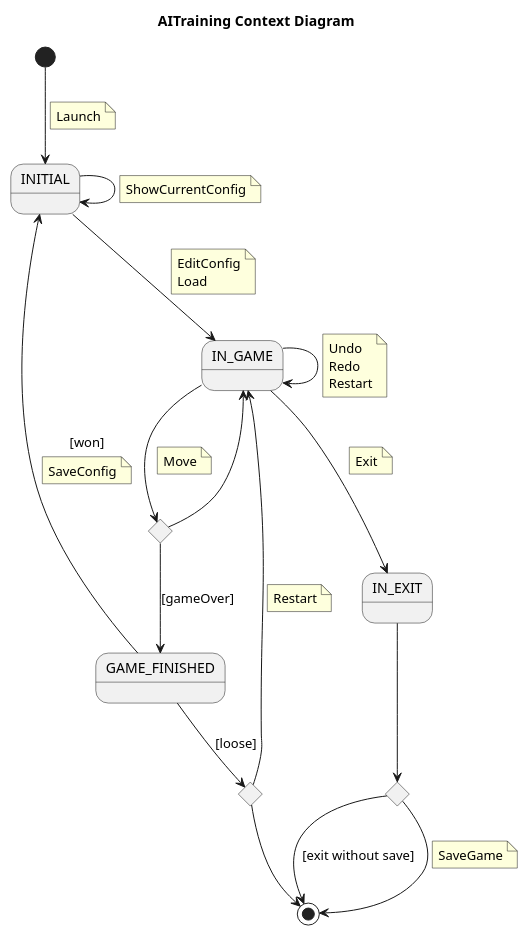
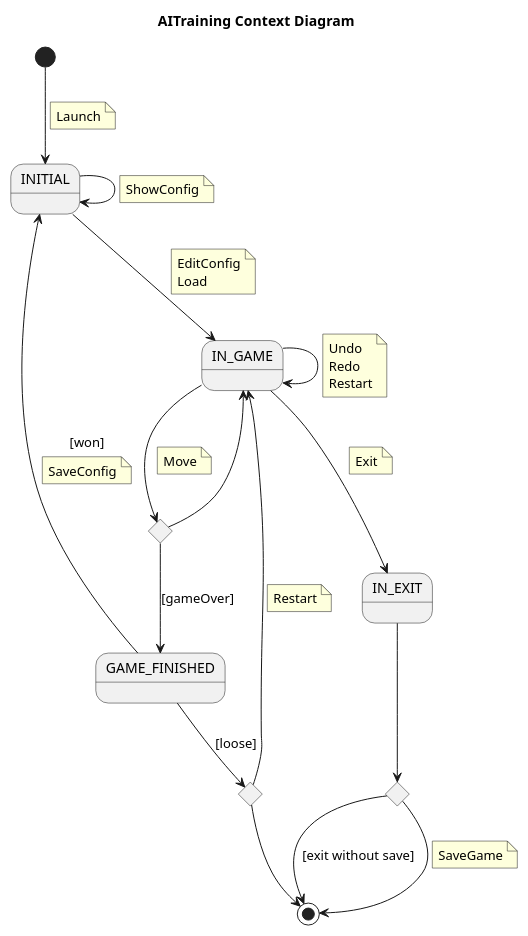
Before and after one commit to Master-Desarrollo-20-21/patrones-diseno---practica-final---juego-de-las-damas-fraylopez: the diagram in docs/src/use-cases/context/ai-training-context.plantuml, drawn with PlantUML. The commit also changed 17 other files, not shown here.

```diff
--- a/docs/src/use-cases/context/ai-training-context.plantuml
+++ b/docs/src/use-cases/context/ai-training-context.plantuml
@@ -1,66 +1,66 @@
 @startuml AITrainingContextDiagram
 title AITraining Context Diagram
 state INITIAL
 state IN_GAME
 state GAME_FINISHED
 state IF <<choice>>
 state IF2 <<choice>>
 state IF3 <<choice>>
 
 [*] --> INITIAL
 note on link
     Launch
 end note
 
 INITIAL --> INITIAL
     note on link
-        ShowCurrentConfig
+        ShowConfig
     end note
 
 INITIAL --> IN_GAME
     note on link
         EditConfig
         Load
     end note
 IN_GAME --> IN_GAME
     note on link
         Undo
         Redo
         Restart
     end note
 
 IN_GAME --> IF3
     note on link
         Move
     end note
 
 IF3 --> IN_GAME
 IF3 --> GAME_FINISHED : [gameOver]
 
 IN_EXIT -->IF
 IF -->[*]
     note on link
         SaveGame
     end note
 
 IF --> [*] : [exit without save]
 
 IN_GAME -->IN_EXIT
     note on link
         Exit
     end note
 
 GAME_FINISHED --> IF2 : [loose]
 
 IF2 --> IN_GAME
     note on link
         Restart
     end note
 
 GAME_FINISHED --> INITIAL : [won]
     note on link
         SaveConfig
     end note
 IF2 --> [*]
 
 @enduml
```
